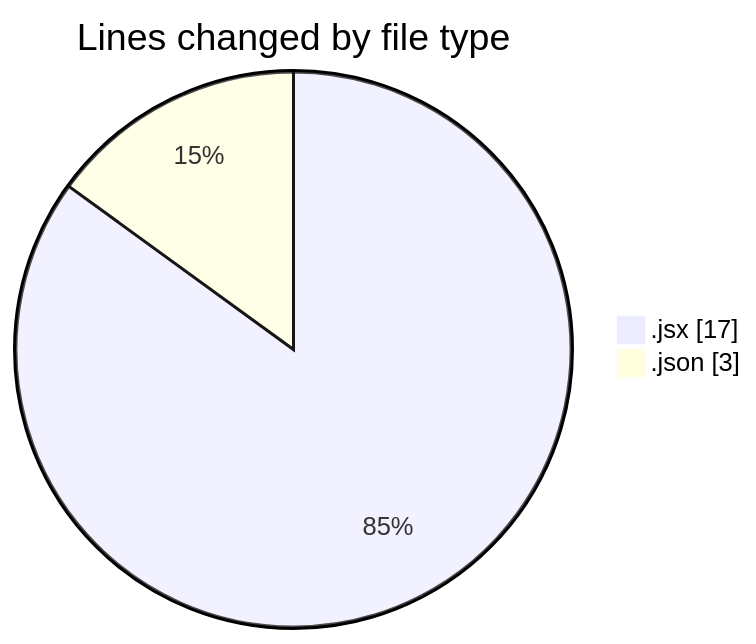
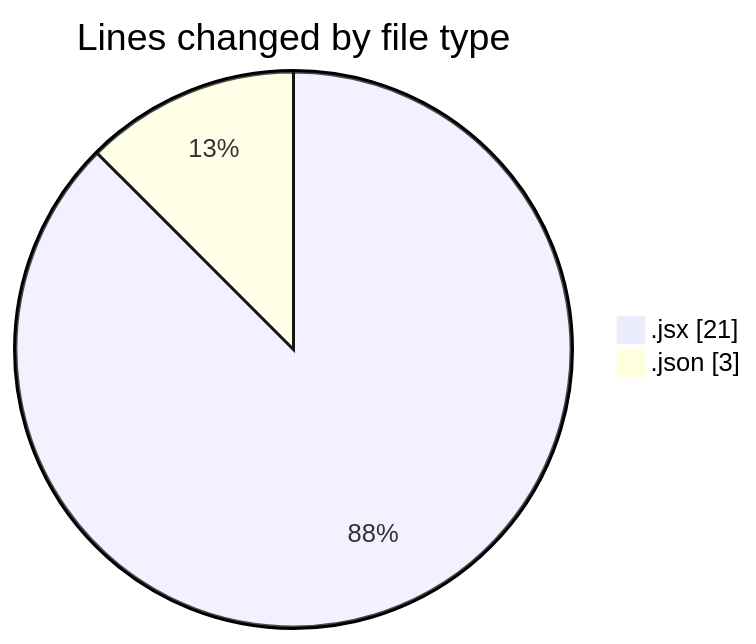
The first of 2 diagrams in 2025-01-24/react/README.md (Elitesun/code-tracking), drawn with Mermaid before and after one commit. The commit also changed other lines of this file and 1 other file, not shown here.

````diff
--- a/2025-01-24/react/README.md
+++ b/2025-01-24/react/README.md
@@ -21,6 +21,6 @@
 ```mermaid
 pie showData
 title Lines changed by file type
-".jsx" : 17
+".jsx" : 21
 ".json" : 3
 ```
````
